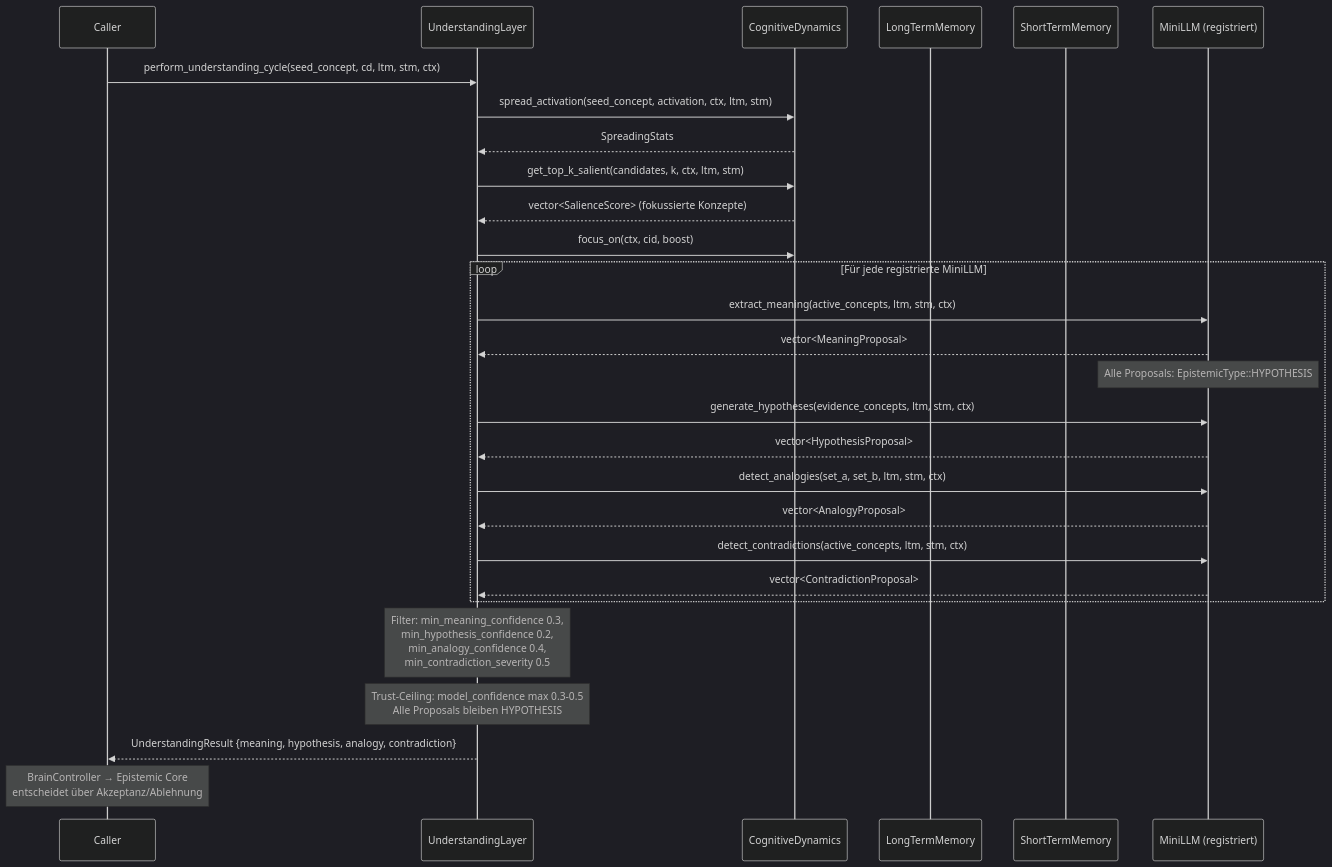
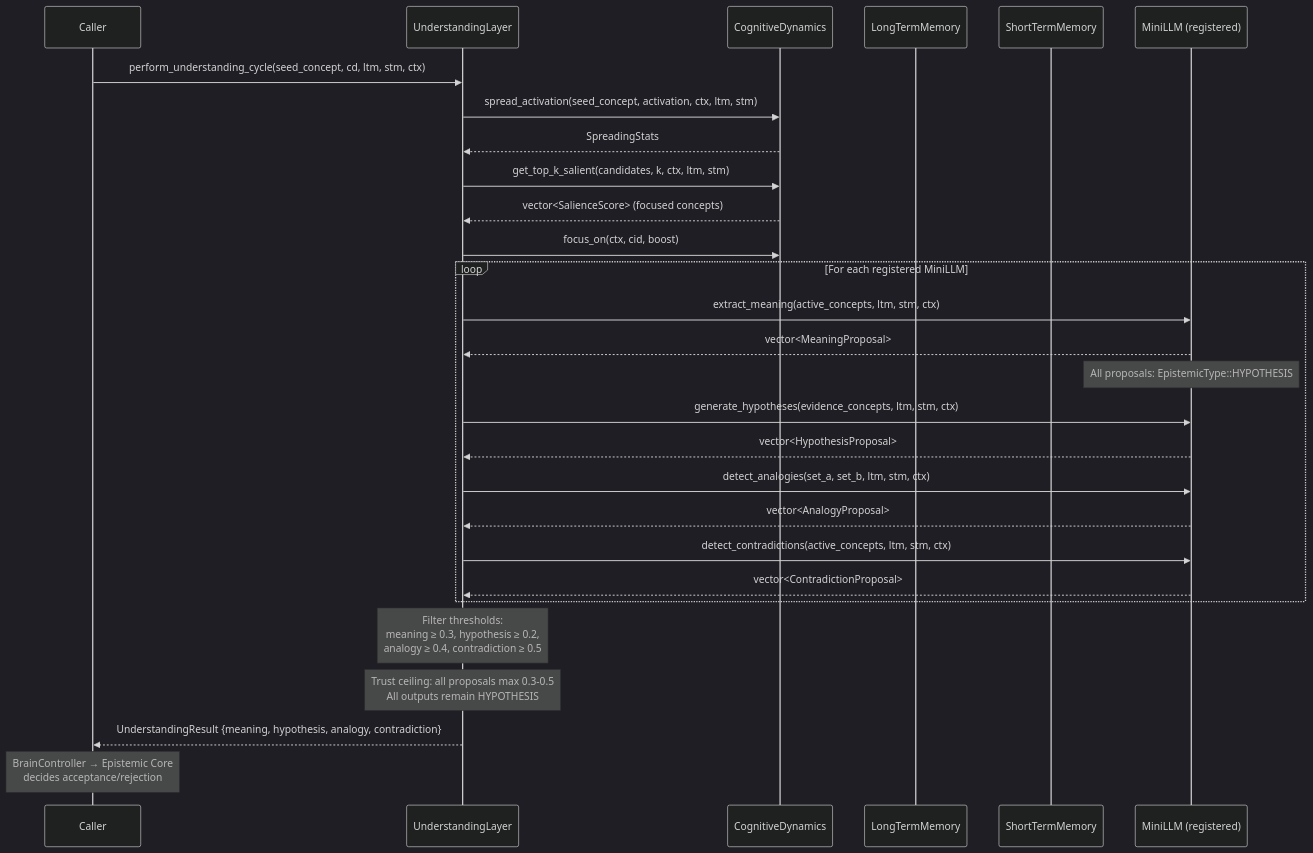
One commit to LtnNoob/Brain changed the sixth of 17 diagrams in docs/ARCHITECTURE_DIAGRAMS.md. Above: the diagram before and after it, drawn with Mermaid (dark theme). The commit also changed other lines of this file and 121 other files, not shown here.

First line of the commit message:
feat: Graph Architecture Refactor - Integration Plan implementation

````diff
--- a/docs/ARCHITECTURE_DIAGRAMS.md
+++ b/docs/ARCHITECTURE_DIAGRAMS.md
@@ -191,42 +498,42 @@
 ```mermaid
 sequenceDiagram
     participant Caller
     participant UL as UnderstandingLayer
     participant CD as CognitiveDynamics
     participant LTM as LongTermMemory
     participant STM as ShortTermMemory
-    participant ML as MiniLLM (registriert)
+    participant ML as MiniLLM (registered)
 
     Caller->>UL: perform_understanding_cycle(seed_concept, cd, ltm, stm, ctx)
 
     UL->>CD: spread_activation(seed_concept, activation, ctx, ltm, stm)
     CD-->>UL: SpreadingStats
 
     UL->>CD: get_top_k_salient(candidates, k, ctx, ltm, stm)
-    CD-->>UL: vector<SalienceScore> (fokussierte Konzepte)
+    CD-->>UL: vector<SalienceScore> (focused concepts)
 
     UL->>CD: focus_on(ctx, cid, boost)
 
-    loop Für jede registrierte MiniLLM
+    loop For each registered MiniLLM
         UL->>ML: extract_meaning(active_concepts, ltm, stm, ctx)
         ML-->>UL: vector<MeaningProposal>
-        Note over ML: Alle Proposals: EpistemicType::HYPOTHESIS
+        Note over ML: All proposals: EpistemicType::HYPOTHESIS
 
         UL->>ML: generate_hypotheses(evidence_concepts, ltm, stm, ctx)
         ML-->>UL: vector<HypothesisProposal>
 
         UL->>ML: detect_analogies(set_a, set_b, ltm, stm, ctx)
         ML-->>UL: vector<AnalogyProposal>
 
         UL->>ML: detect_contradictions(active_concepts, ltm, stm, ctx)
         ML-->>UL: vector<ContradictionProposal>
     end
 
-    Note over UL: Filter: min_meaning_confidence 0.3,<br/>min_hypothesis_confidence 0.2,<br/>min_analogy_confidence 0.4,<br/>min_contradiction_severity 0.5
+    Note over UL: Filter thresholds:<br/>meaning ≥ 0.3, hypothesis ≥ 0.2,<br/>analogy ≥ 0.4, contradiction ≥ 0.5
 
-    Note over UL: Trust-Ceiling: model_confidence max 0.3-0.5<br/>Alle Proposals bleiben HYPOTHESIS
+    Note over UL: Trust ceiling: all proposals max 0.3-0.5<br/>All outputs remain HYPOTHESIS
 
     UL-->>Caller: UnderstandingResult {meaning, hypothesis, analogy, contradiction}
 
-    Note over Caller: BrainController → Epistemic Core<br/>entscheidet über Akzeptanz/Ablehnung
+    Note over Caller: BrainController → Epistemic Core<br/>decides acceptance/rejection
 ```
````
